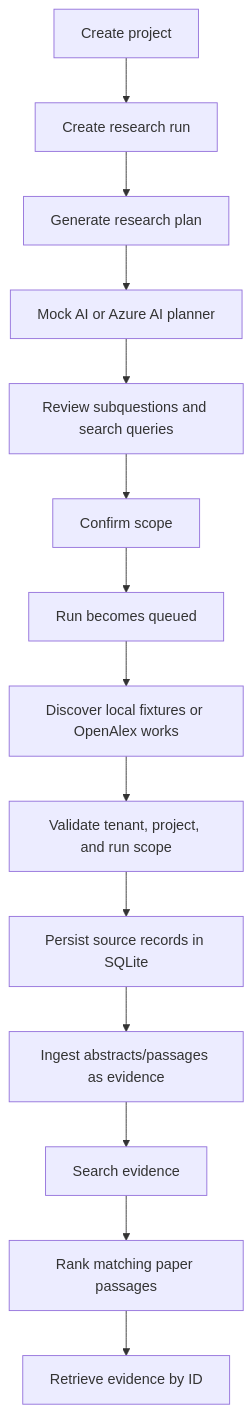
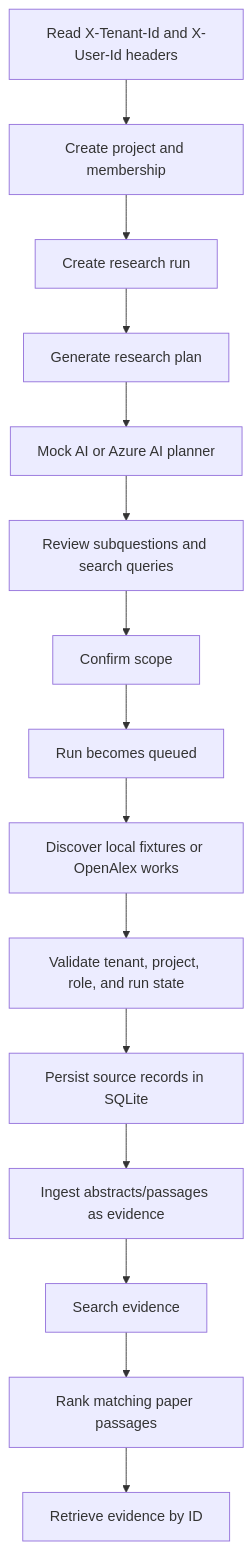
The diagram in research_system/PROJECT_FLOW.md (taza1/regula), drawn with Mermaid before and after one commit. The commit also changed other lines of this file and 7 other files, not shown here.

Commit message:
Add local auth and run state guards

````diff
--- a/research_system/PROJECT_FLOW.md
+++ b/research_system/PROJECT_FLOW.md
@@ -5,16 +5,17 @@
 ```mermaid
 flowchart TD
-    A[Create project] --> B[Create research run]
-    B --> C[Generate research plan]
-    C --> D[Mock AI or Azure AI planner]
-    D --> E[Review subquestions and search queries]
-    E --> F[Confirm scope]
-    F --> G[Run becomes queued]
-    G --> H[Discover local fixtures or OpenAlex works]
-    H --> I[Validate tenant, project, and run scope]
-    I --> J[Persist source records in SQLite]
-    J --> K[Ingest abstracts/passages as evidence]
-    K --> L[Search evidence]
-    L --> M[Rank matching paper passages]
-    M --> N[Retrieve evidence by ID]
+    A[Read X-Tenant-Id and X-User-Id headers] --> B[Create project and membership]
+    B --> C[Create research run]
+    C --> D[Generate research plan]
+    D --> E[Mock AI or Azure AI planner]
+    E --> F[Review subquestions and search queries]
+    F --> G[Confirm scope]
+    G --> H[Run becomes queued]
+    H --> I[Discover local fixtures or OpenAlex works]
+    I --> J[Validate tenant, project, role, and run state]
+    J --> K[Persist source records in SQLite]
+    K --> L[Ingest abstracts/passages as evidence]
+    L --> M[Search evidence]
+    M --> N[Rank matching paper passages]
+    N --> O[Retrieve evidence by ID]
 ```
````
